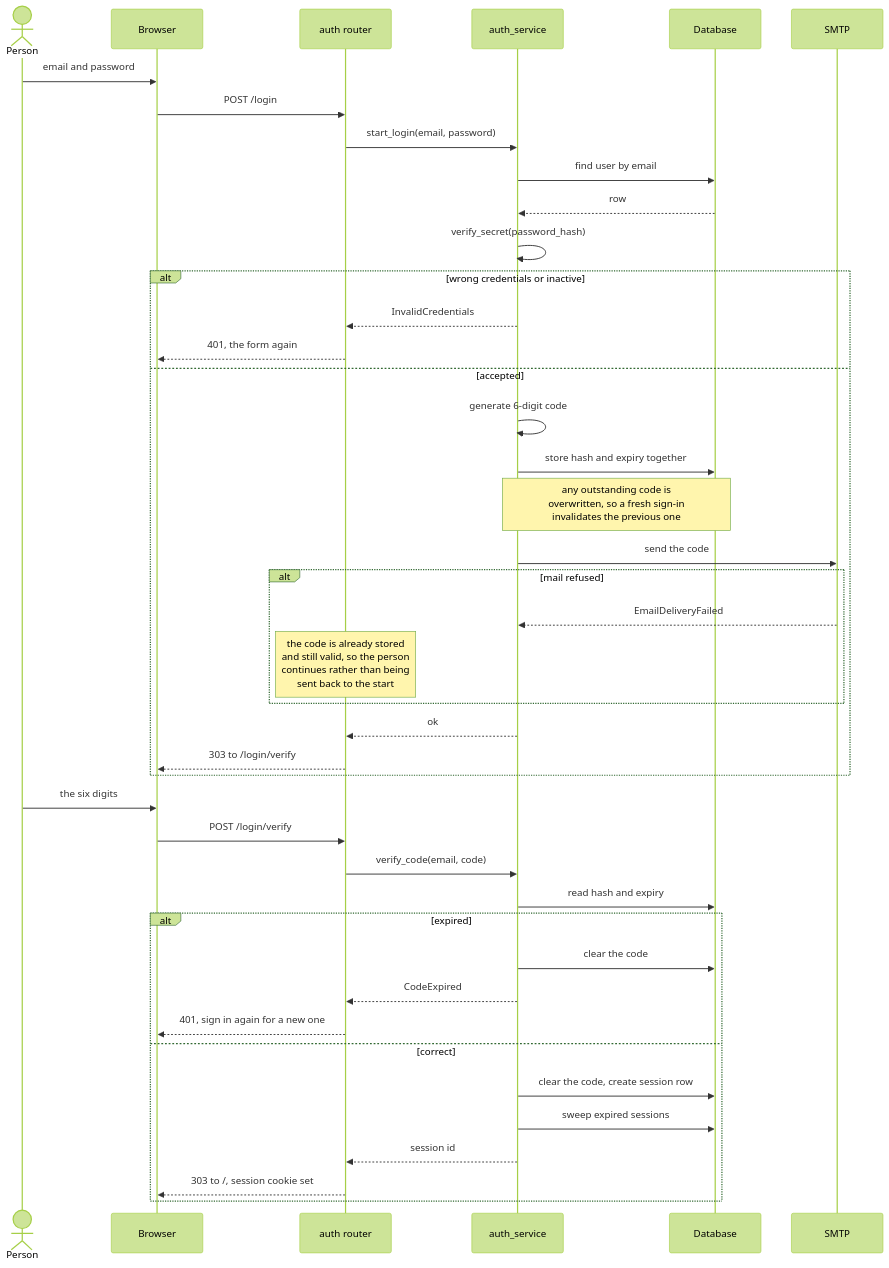
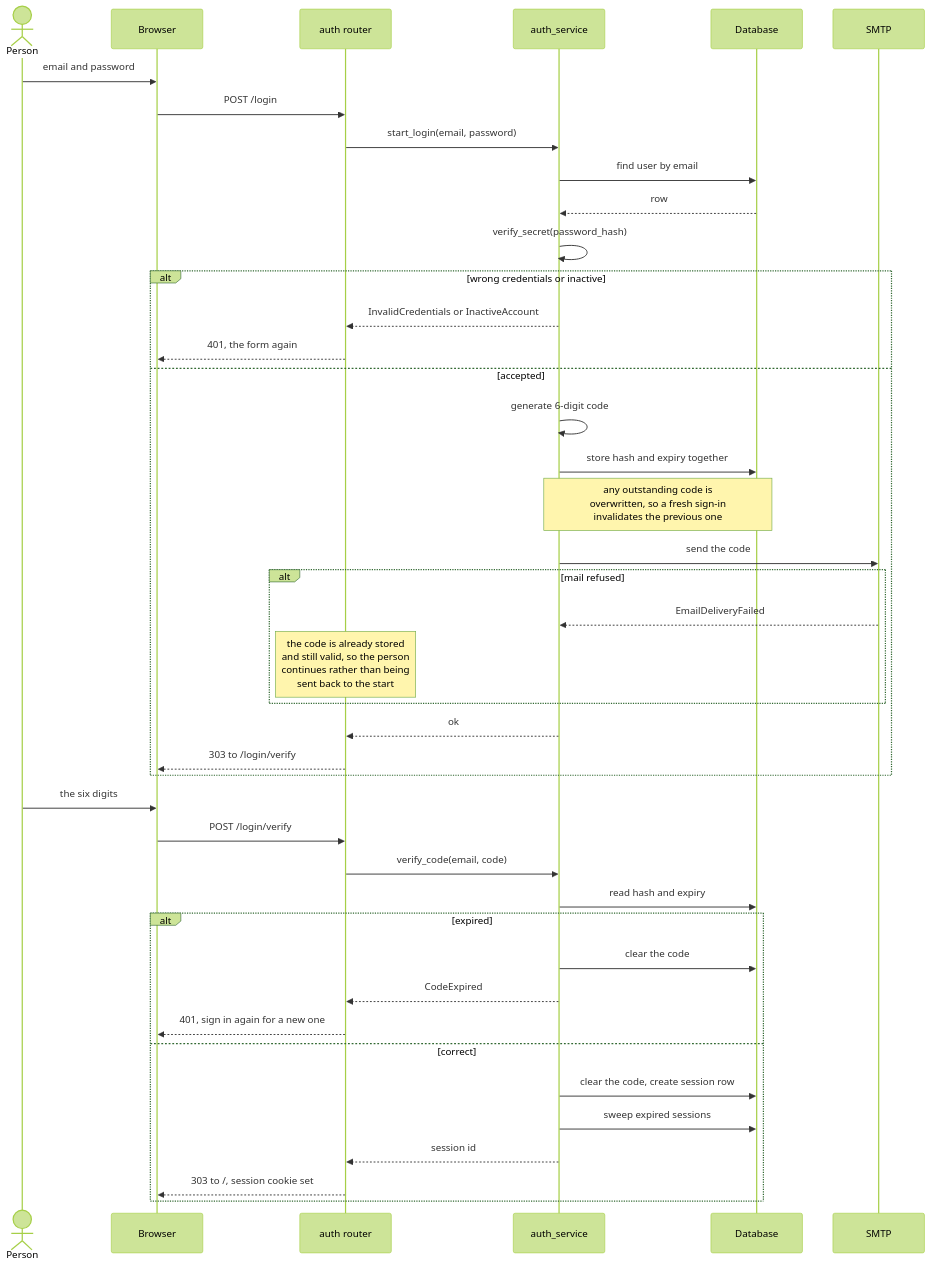
One commit to xTurki/awarness_project changed the sixth of 9 diagrams in docs/system-analysis-and-design.md. Above: the diagram before and after it, drawn with Mermaid (forest theme). The commit also changed other lines of this file and 19 other files, not shown here.

````diff
--- a/docs/system-analysis-and-design.md
+++ b/docs/system-analysis-and-design.md
@@ -734,48 +768,48 @@
 ```mermaid
 sequenceDiagram
     actor P as Person
     participant B as Browser
     participant R as auth router
     participant S as auth_service
     participant D as Database
     participant M as SMTP
 
     P->>B: email and password
     B->>R: POST /login
     R->>S: start_login(email, password)
     S->>D: find user by email
     D-->>S: row
     S->>S: verify_secret(password_hash)
 
     alt wrong credentials or inactive
-        S-->>R: InvalidCredentials
+        S-->>R: InvalidCredentials or InactiveAccount
         R-->>B: 401, the form again
     else accepted
         S->>S: generate 6-digit code
         S->>D: store hash and expiry together
         Note over S,D: any outstanding code is<br/>overwritten, so a fresh sign-in<br/>invalidates the previous one
         S->>M: send the code
         alt mail refused
             M-->>S: EmailDeliveryFailed
             Note over R: the code is already stored<br/>and still valid, so the person<br/>continues rather than being<br/>sent back to the start
         end
         S-->>R: ok
         R-->>B: 303 to /login/verify
     end
 
     P->>B: the six digits
     B->>R: POST /login/verify
     R->>S: verify_code(email, code)
     S->>D: read hash and expiry
 
     alt expired
         S->>D: clear the code
         S-->>R: CodeExpired
         R-->>B: 401, sign in again for a new one
     else correct
         S->>D: clear the code, create session row
         S->>D: sweep expired sessions
         S-->>R: session id
         R-->>B: 303 to /, session cookie set
     end
 ```
````
